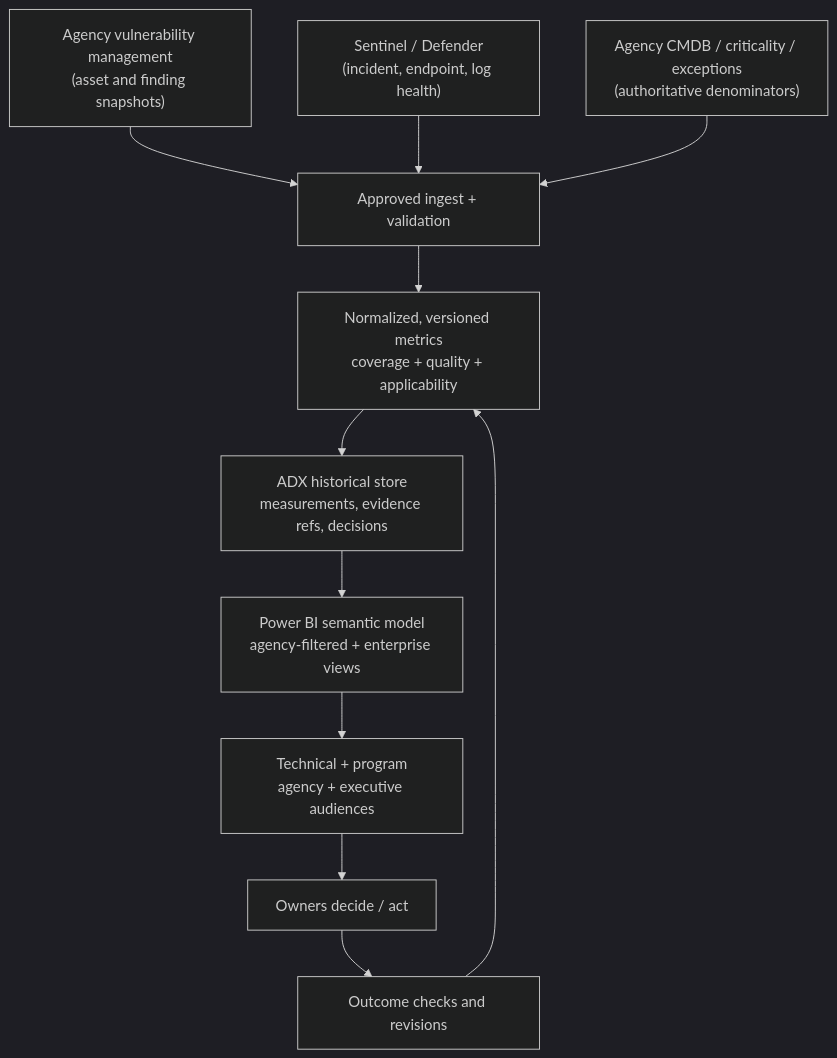
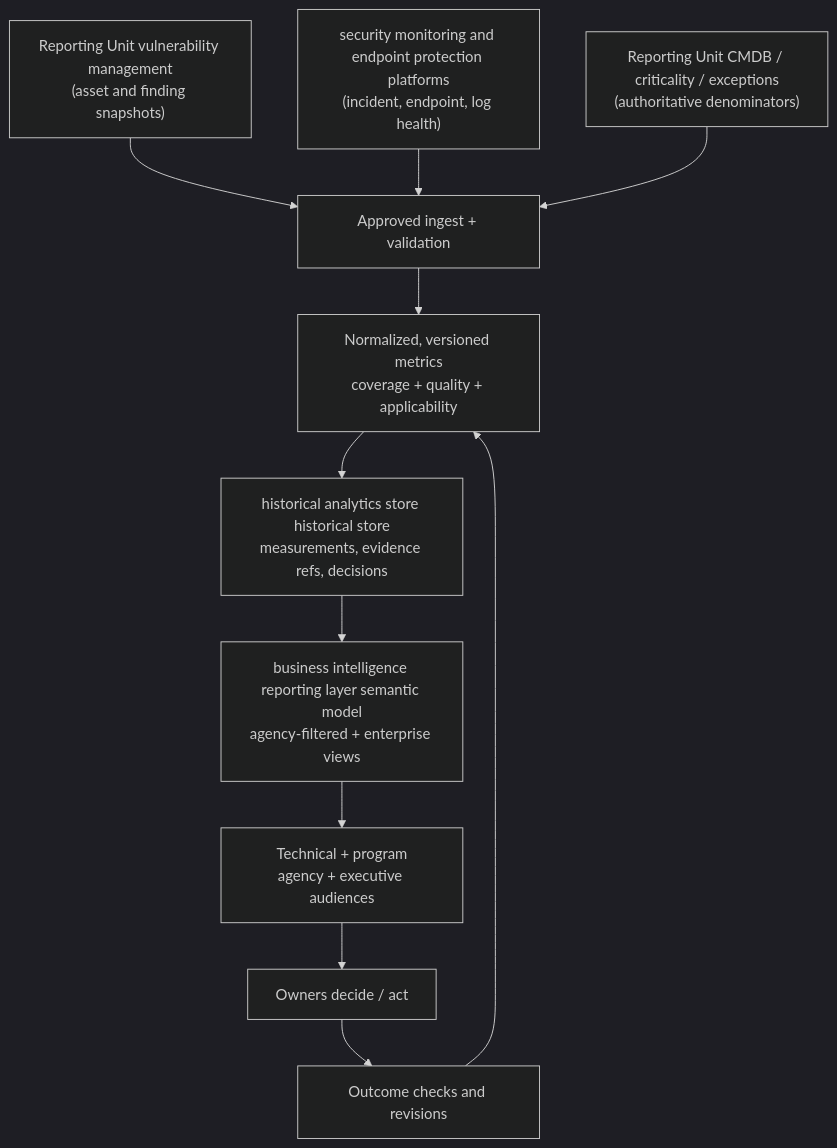
One commit to 11bztaylor/ReporttheReporter changed the diagram in implementation/architecture.md. Above: the diagram before and after it, drawn with Mermaid (dark theme). The commit also changed other lines of this file, not shown here.

````diff
--- a/implementation/architecture.md
+++ b/implementation/architecture.md
@@ -3,13 +3,13 @@
 ```mermaid
 flowchart TD
- A["Agency vulnerability management\n(asset and finding snapshots)"] --> D["Approved ingest + validation"]
- B["Sentinel / Defender\n(incident, endpoint, log health)"] --> D
- C["Agency CMDB / criticality / exceptions\n(authoritative denominators)"] --> D
+ A["Reporting Unit vulnerability management\n(asset and finding snapshots)"] --> D["Approved ingest + validation"]
+ B["security monitoring and endpoint protection platforms\n(incident, endpoint, log health)"] --> D
+ C["Reporting Unit CMDB / criticality / exceptions\n(authoritative denominators)"] --> D
  D --> E["Normalized, versioned metrics\ncoverage + quality + applicability"]
- E --> F["ADX historical store\nmeasurements, evidence refs, decisions"]
- F --> G["Power BI semantic model\nagency-filtered + enterprise views"]
+ E --> F["historical analytics store historical store\nmeasurements, evidence refs, decisions"]
+ F --> G["business intelligence reporting layer semantic model\nagency-filtered + enterprise views"]
  G --> H["Technical + program\nagency + executive audiences"]
  H --> I["Owners decide / act"]
  I --> J["Outcome checks and revisions"]
  J --> E
 ```
````
